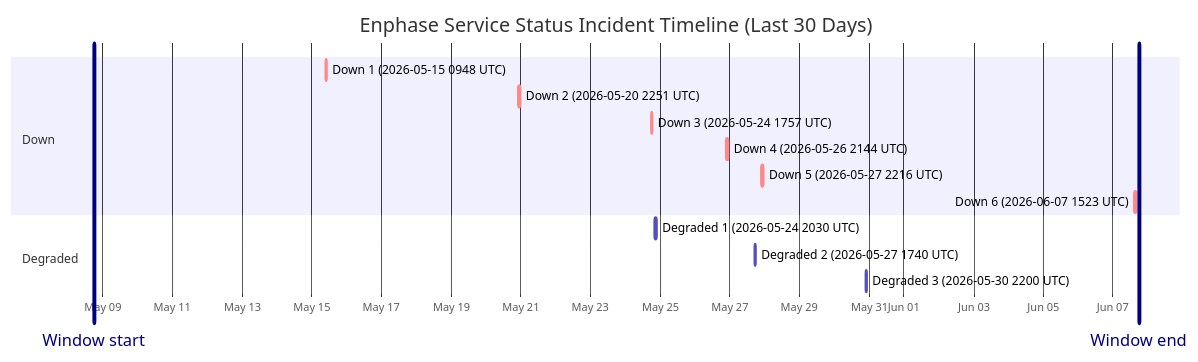
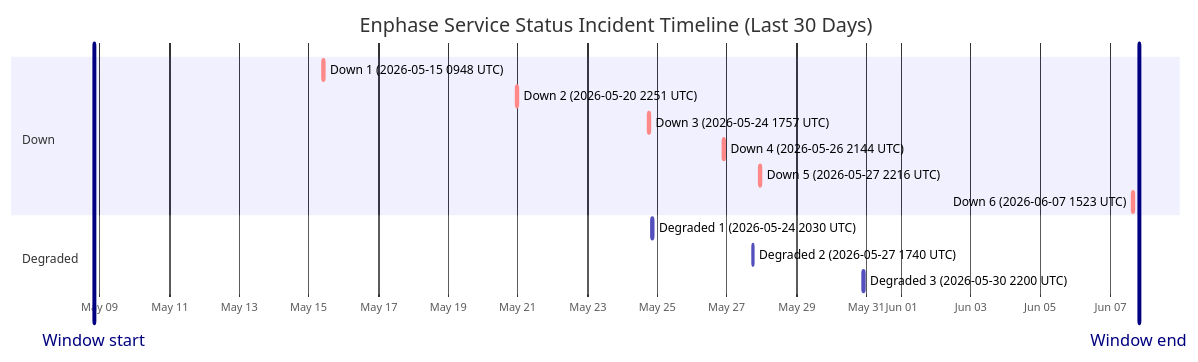
Before and after one commit to barneyonline/ha-enphase-energy: the diagram in wiki/Service-Status-History.md, drawn with Mermaid. The commit also changed other lines of this file and 3 other files, not shown here.

````diff
--- a/wiki/Service-Status-History.md
+++ b/wiki/Service-Status-History.md
@@ -14,19 +14,19 @@
 ```mermaid
 gantt
     title Enphase Service Status Incident Timeline (Last 30 Days)
     dateFormat  YYYY-MM-DDTHH:mm:ss
     axisFormat  %b %d
-    Window start :vert, window-start, 2026-05-08T18:03:08, 0ms
-    Window end :vert, window-end, 2026-06-07T18:03:08, 0ms
+    Window start :vert, window-start, 2026-05-08T19:54:02, 0ms
+    Window end :vert, window-end, 2026-06-07T19:54:02, 0ms
     section Down
     Down 1 (2026-05-15 0948 UTC) :crit, down-1, 2026-05-15T09:48:18, 60m
     Down 2 (2026-05-20 2251 UTC) :crit, down-2, 2026-05-20T22:51:14, 75m
     Down 3 (2026-05-24 1757 UTC) :crit, down-3, 2026-05-24T17:57:41, 86m
     Down 4 (2026-05-26 2144 UTC) :crit, down-4, 2026-05-26T21:44:11, 85m
     Down 5 (2026-05-27 2216 UTC) :crit, down-5, 2026-05-27T22:16:53, 87m
     Down 6 (2026-06-07 1523 UTC) :crit, down-6, 2026-06-07T15:23:22, 87m
     section Degraded
     Degraded 1 (2026-05-24 2030 UTC) :active, degraded-1, 2026-05-24T20:30:57, 84m
     Degraded 2 (2026-05-27 1740 UTC) :active, degraded-2, 2026-05-27T17:40:52, 60m
     Degraded 3 (2026-05-30 2200 UTC) :active, degraded-3, 2026-05-30T22:00:37, 60m
 ```
````
